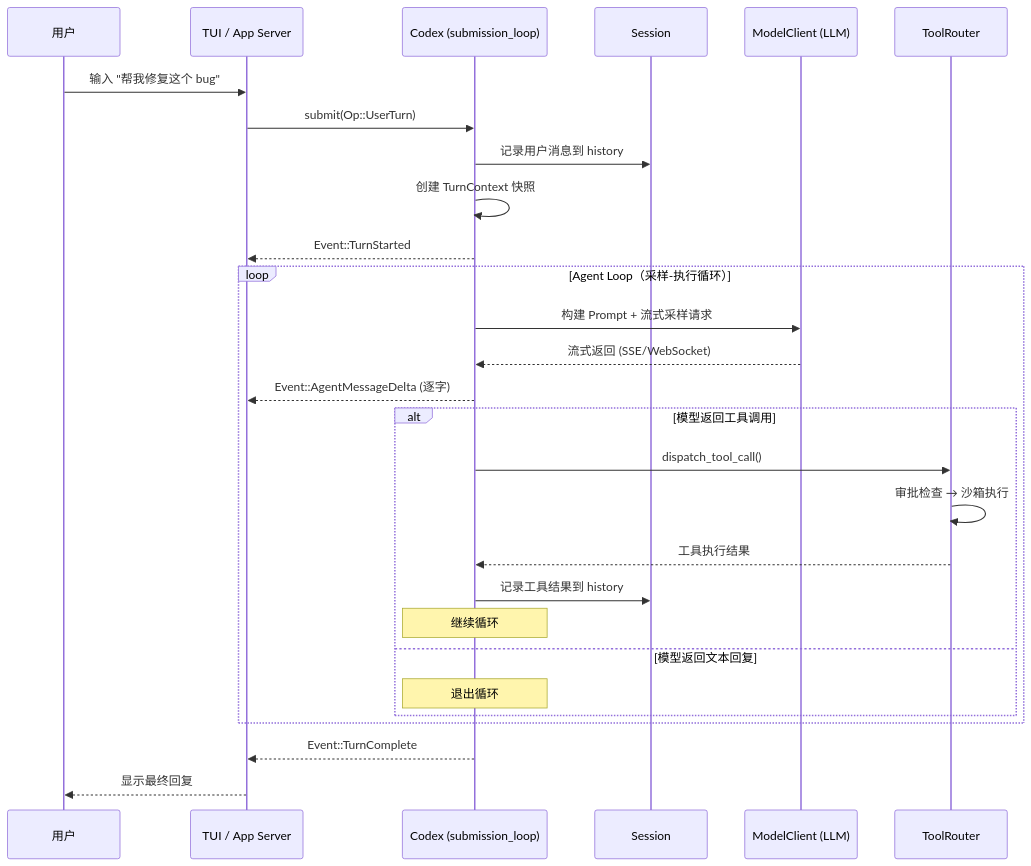
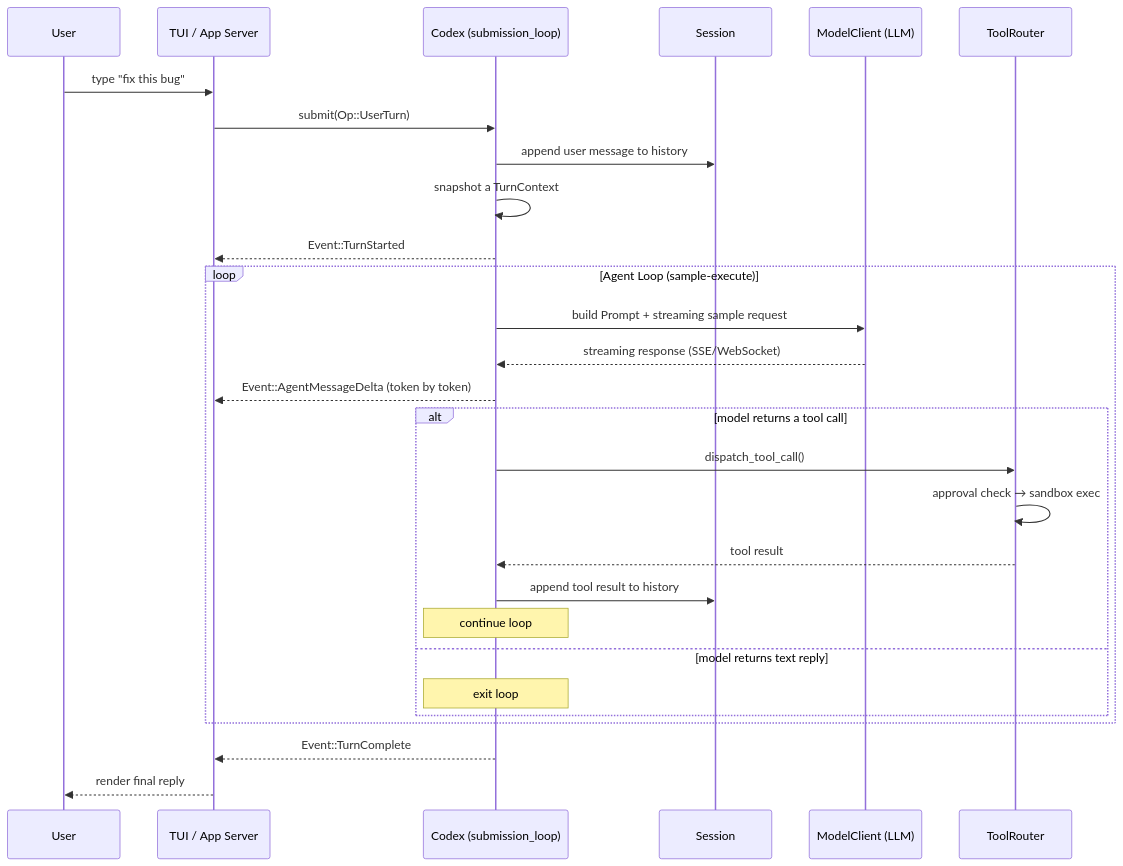
Before and after one commit to yibn2008/learn-codex: the second of 6 diagrams in wiki/01-architecture-overview.md, drawn with Mermaid. The commit also changed other lines of this file and 32 other files, not shown here.

````diff
--- a/wiki/01-architecture-overview.md
+++ b/wiki/01-architecture-overview.md
@@ -57,35 +59,35 @@
 ```mermaid
 sequenceDiagram
-    participant U as 用户
+    participant U as User
     participant TUI as TUI / App Server
     participant CDX as Codex (submission_loop)
     participant SESS as Session
     participant LLM as ModelClient (LLM)
     participant TOOL as ToolRouter
 
-    U->>TUI: 输入 "帮我修复这个 bug"
+    U->>TUI: type "fix this bug"
     TUI->>CDX: submit(Op::UserTurn)
 
-    CDX->>SESS: 记录用户消息到 history
-    CDX->>CDX: 创建 TurnContext 快照
+    CDX->>SESS: append user message to history
+    CDX->>CDX: snapshot a TurnContext
     CDX-->>TUI: Event::TurnStarted
 
-    loop Agent Loop（采样-执行循环）
-        CDX->>LLM: 构建 Prompt + 流式采样请求
-        LLM-->>CDX: 流式返回 (SSE/WebSocket)
-        CDX-->>TUI: Event::AgentMessageDelta (逐字)
+    loop Agent Loop (sample-execute)
+        CDX->>LLM: build Prompt + streaming sample request
+        LLM-->>CDX: streaming response (SSE/WebSocket)
+        CDX-->>TUI: Event::AgentMessageDelta (token by token)
 
-        alt 模型返回工具调用
+        alt model returns a tool call
             CDX->>TOOL: dispatch_tool_call()
-            TOOL->>TOOL: 审批检查 → 沙箱执行
-            TOOL-->>CDX: 工具执行结果
-            CDX->>SESS: 记录工具结果到 history
-            Note over CDX: 继续循环
-        else 模型返回文本回复
-            Note over CDX: 退出循环
+            TOOL->>TOOL: approval check → sandbox exec
+            TOOL-->>CDX: tool result
+            CDX->>SESS: append tool result to history
+            Note over CDX: continue loop
+        else model returns text reply
+            Note over CDX: exit loop
         end
     end
 
     CDX-->>TUI: Event::TurnComplete
-    TUI-->>U: 显示最终回复
+    TUI-->>U: render final reply
 ```
````
